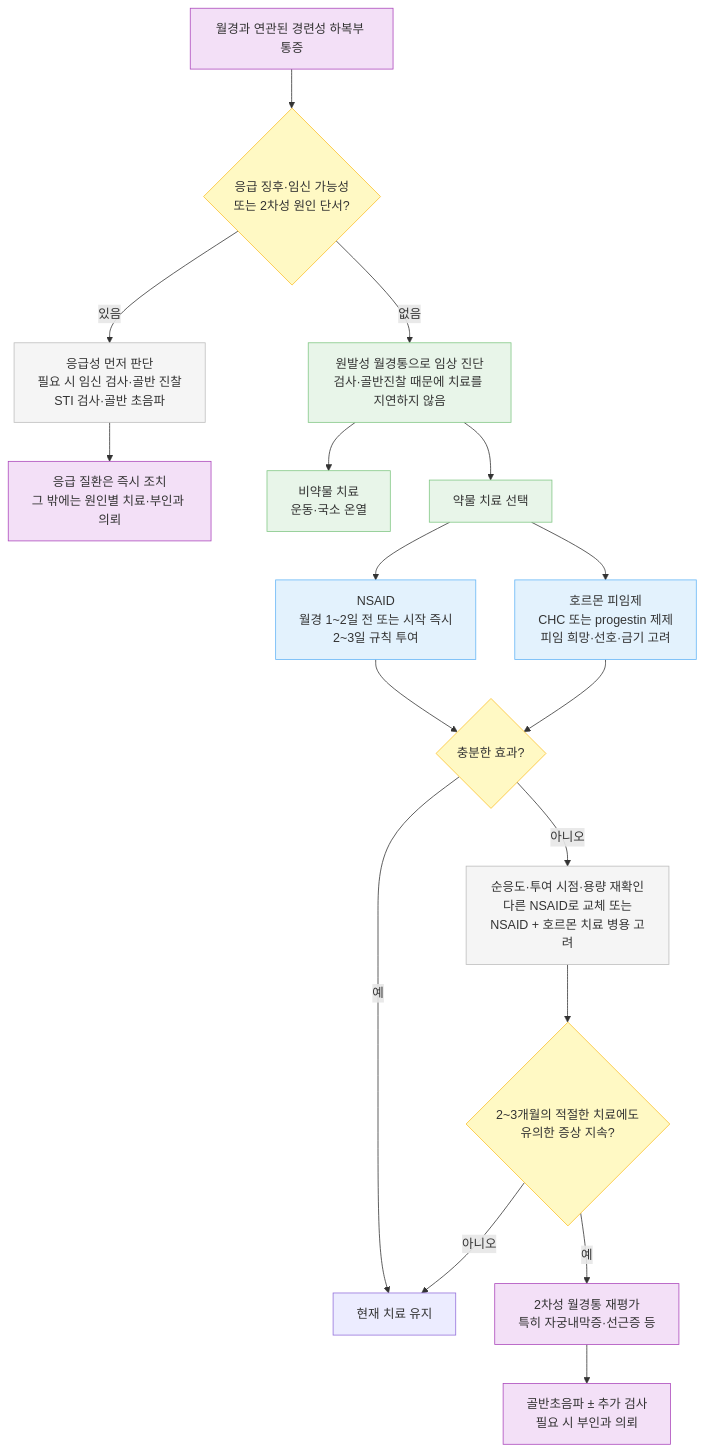
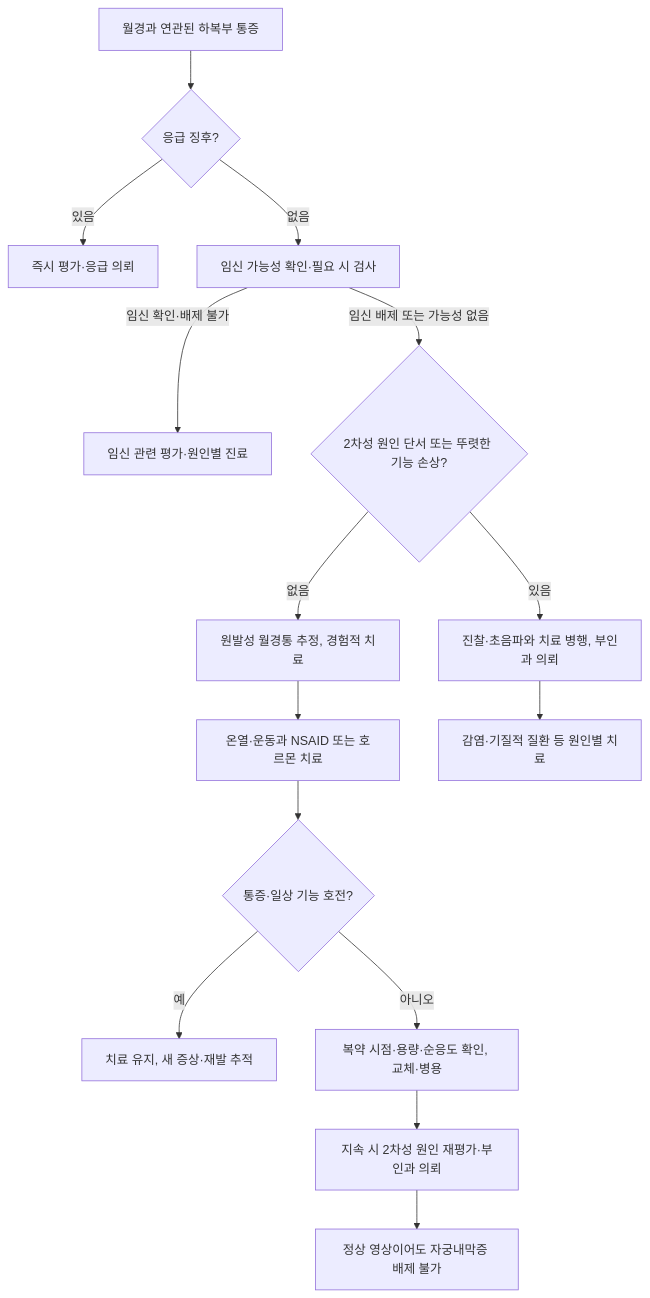
One commit to familyoh77/familyoh77 changed the diagram in 227_/128_-dysmenorrhea.md. Above: the diagram before and after it, drawn with Mermaid. The commit also changed other lines of this file and 5 other files, not shown here.

````diff
--- a/227_/128_-dysmenorrhea.md
+++ b/227_/128_-dysmenorrhea.md
@@ -102,32 +113,17 @@
 ```mermaid
 graph TD
-    A["월경과 연관된 경련성 하복부 통증"] --> B{"응급 징후·임신 가능성<br/>또는 2차성 원인 단서?"}
-    B -->|있음| C["응급성 먼저 판단<br/>필요 시 임신 검사·골반 진찰<br/>STI 검사·골반 초음파"]
-    C --> D["응급 질환은 즉시 조치<br/>그 밖에는 원인별 치료·부인과 의뢰"]
-    B -->|없음| E["원발성 월경통으로 임상 진단<br/>검사·골반진찰 때문에 치료를 지연하지 않음"]
-    E --> F["비약물 치료<br/>운동·국소 온열"]
-    E --> G["약물 치료 선택"]
-    G --> H["NSAID<br/>월경 1~2일 전 또는 시작 즉시<br/>2~3일 규칙 투여"]
-    G --> I["호르몬 피임제<br/>CHC 또는 progestin 제제<br/>피임 희망·선호·금기 고려"]
-    H --> J{"충분한 효과?"}
-    I --> J
-    J -->|예| K["현재 치료 유지"]
-    J -->|아니오| L["순응도·투여 시점·용량 재확인<br/>다른 NSAID로 교체 또는<br/>NSAID + 호르몬 치료 병용 고려"]
-    L --> M{"2~3개월의 적절한 치료에도<br/>유의한 증상 지속?"}
-    M -->|아니오| K
-    M -->|예| N["2차성 월경통 재평가<br/>특히 자궁내막증·선근증 등"]
-    N --> O["골반초음파 ± 추가 검사<br/>필요 시 부인과 의뢰"]
-
-    classDef purple fill:#f3e0f7,stroke:#ab47bc,stroke-width:1px;
-    classDef blue fill:#e3f2fd,stroke:#64b5f6,stroke-width:1px;
-    classDef yellow fill:#fff9c4,stroke:#fbc02d,stroke-width:1px;
-    classDef gray fill:#f5f5f5,stroke:#bdbdbd,stroke-width:1px;
-    classDef green fill:#e8f5e9,stroke:#81c784,stroke-width:1px;
-
-    class A purple;
-    class E,F,G green;
-    class H,I blue;
-    class B,J,M yellow;
-    class C,L gray;
-    class D,N,O purple;
+    A["월경과 연관된 하복부 통증"] --> B{"응급 징후?"}
+    B -->|있음| C["즉시 평가·응급 의뢰"]
+    B -->|없음| D["임신 가능성 확인·필요 시 검사"]
+    D -->|임신 확인·배제 불가| I["임신 관련 평가·원인별 진료"]
+    D -->|임신 배제 또는 가능성 없음| E{"2차성 원인 단서 또는 뚜렷한 기능 손상?"}
+    E -->|있음| F["진찰·초음파와 치료 병행, 부인과 의뢰"]
+    E -->|없음| G["원발성 월경통 추정, 경험적 치료"]
+    G --> H["온열·운동과 NSAID 또는 호르몬 치료"]
+    F --> O["감염·기질적 질환 등 원인별 치료"]
+    H --> J{"통증·일상 기능 호전?"}
+    J -->|예| K["치료 유지, 새 증상·재발 추적"]
+    J -->|아니오| L["복약 시점·용량·순응도 확인, 교체·병용"]
+    L --> M["지속 시 2차성 원인 재평가·부인과 의뢰"]
+    M --> N["정상 영상이어도 자궁내막증 배제 불가"]
 ```
````
